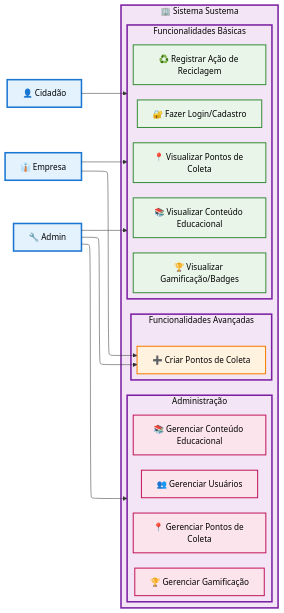
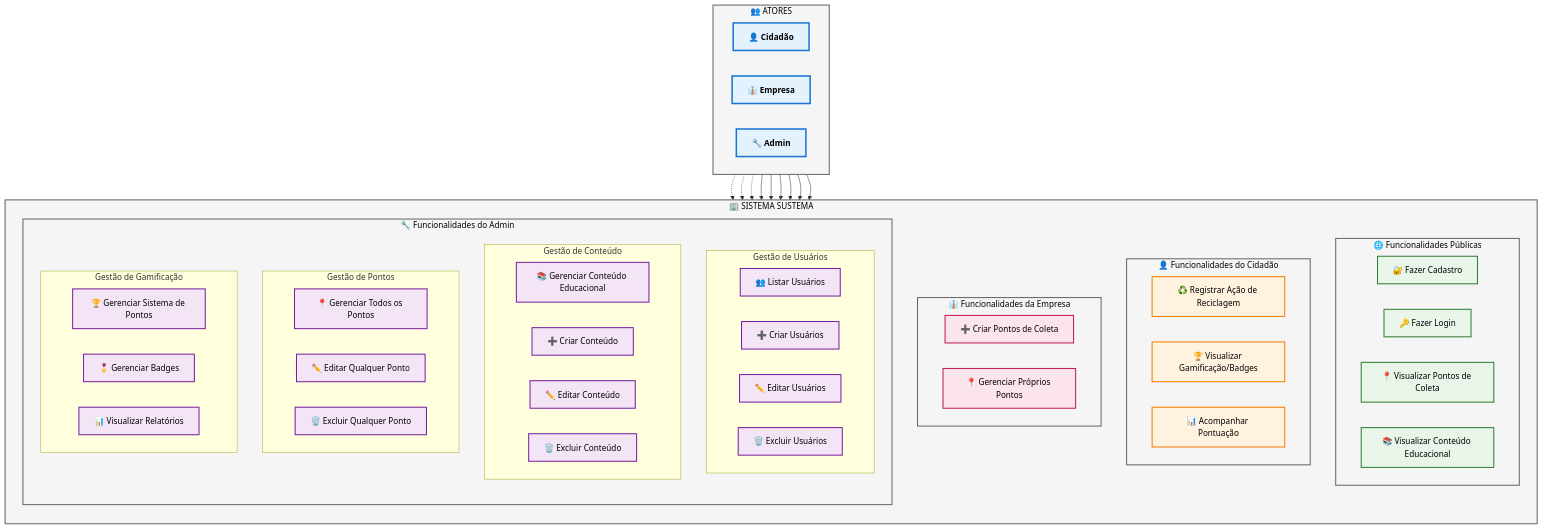
Before and after one commit to oCaioAug/Sustema: the diagram in docs/diagrams/use-cases/sustema-use-cases.md, drawn with Mermaid. The commit also changed other lines of this file and 4 other files, not shown here.

First line of the commit message:
Atualiza a documentação dos diagramas UML do sistema Sustema

````diff
--- a/docs/diagrams/use-cases/sustema-use-cases.md
+++ b/docs/diagrams/use-cases/sustema-use-cases.md
@@ -1,60 +3,100 @@
 ```mermaid
----
-config:
-  theme: default
-  layout: elk
----
-flowchart LR
-    %% Atores à esquerda
-    Cidadao["👤 Cidadão"]
+flowchart TB
+    %% Atores
+    subgraph Atores["👥 ATORES"]
+        direction LR
+        Cidadao["👤 Cidadão"]
+        Empresa["👔 Empresa"]
+        Admin["🔧 Admin"]
+    end
     
-    %% Sistema no centro
-    subgraph Sistema["🏢 Sistema Sustema"]
+    %% Sistema Principal
+    subgraph Sistema["🏢 SISTEMA SUSTEMA"]
         direction TB
-        subgraph Basico["Funcionalidades Básicas"]
-            UC1["🔐 Fazer Login/Cadastro"]
-            UC2["📍 Visualizar Pontos de Coleta"]
-            UC3["♻️ Registrar Ação de Reciclagem"]
+        
+        %% Funcionalidades Públicas
+        subgraph Publico["🌐 Funcionalidades Públicas"]
+            direction LR
+            UC1["🔐 Fazer Cadastro"]
+            UC2["🔑 Fazer Login"]
+            UC3["📍 Visualizar Pontos de Coleta"]
             UC4["📚 Visualizar Conteúdo Educacional"]
-            UC5["🏆 Visualizar Gamificação/Badges"]
         end
         
-        subgraph Avancado["Funcionalidades Avançadas"]
-            UC6["➕ Criar Pontos de Coleta"]
+        %% Funcionalidades do Cidadão
+        subgraph Cidadao_Func["👤 Funcionalidades do Cidadão"]
+            direction LR
+            UC5["♻️ Registrar Ação de Reciclagem"]
+            UC6["🏆 Visualizar Gamificação/Badges"]
+            UC7["📊 Acompanhar Pontuação"]
         end
         
-        subgraph Admin["Administração"]
-            UC7["👥 Gerenciar Usuários"]
-            UC8["📍 Gerenciar Pontos de Coleta"]
-            UC9["📚 Gerenciar Conteúdo Educacional"]
-            UC10["🏆 Gerenciar Gamificação"]
+        %% Funcionalidades da Empresa
+        subgraph Empresa_Func["👔 Funcionalidades da Empresa"]
+            UC8["➕ Criar Pontos de Coleta"]
+            UC9["📍 Gerenciar Próprios Pontos"]
+        end
+        
+        %% Funcionalidades do Admin
+        subgraph Admin_Func["🔧 Funcionalidades do Admin"]
+            direction TB
+            subgraph Admin_Users["Gestão de Usuários"]
+                UC10["👥 Listar Usuários"]
+                UC11["➕ Criar Usuários"]
+                UC12["✏️ Editar Usuários"]
+                UC13["🗑️ Excluir Usuários"]
+            end
+            
+            subgraph Admin_Content["Gestão de Conteúdo"]
+                UC14["📚 Gerenciar Conteúdo Educacional"]
+                UC15["➕ Criar Conteúdo"]
+                UC16["✏️ Editar Conteúdo"]
+                UC17["🗑️ Excluir Conteúdo"]
+            end
+            
+            subgraph Admin_Points["Gestão de Pontos"]
+                UC18["📍 Gerenciar Todos os Pontos"]
+                UC19["✏️ Editar Qualquer Ponto"]
+                UC20["🗑️ Excluir Qualquer Ponto"]
+            end
+            
+            subgraph Admin_Game["Gestão de Gamificação"]
+                UC21["🏆 Gerenciar Sistema de Pontos"]
+                UC22["🎖️ Gerenciar Badges"]
+                UC23["📊 Visualizar Relatórios"]
+            end
         end
     end
     
-    %% Atores à direita
-    Empresa["👔 Empresa"]
-    Admin_Actor["🔧 Admin"]
+    %% Relacionamentos - Funcionalidades Públicas
+    Cidadao -.-> Publico
+    Empresa -.-> Publico
+    Admin -.-> Publico
     
-    %% Relacionamentos organizados
-    Cidadao --> Basico
+    %% Relacionamentos - Cidadão
+    Cidadao --> Cidadao_Func
     
-    Empresa --> Basico
-    Empresa --> UC6
+    %% Relacionamentos - Empresa
+    Empresa --> Cidadao_Func
+    Empresa --> Empresa_Func
     
-    Admin_Actor --> Basico
-    Admin_Actor --> UC6
-    Admin_Actor --> Admin
+    %% Relacionamentos - Admin
+    Admin --> Cidadao_Func
+    Admin --> Empresa_Func
+    Admin --> Admin_Func
     
     %% Estilos
-    classDef actor fill:#e3f2fd,stroke:#1976d2,stroke-width:3px,color:#000
-    classDef basicUC fill:#e8f5e8,stroke:#388e3c,stroke-width:2px,color:#000
-    classDef advancedUC fill:#fff3e0,stroke:#f57c00,stroke-width:2px,color:#000
-    classDef adminUC fill:#fce4ec,stroke:#c2185b,stroke-width:2px,color:#000
-    classDef system fill:#f3e5f5,stroke:#7b1fa2,stroke-width:3px,color:#000
+    classDef ator fill:#e3f2fd,stroke:#1976d2,stroke-width:3px,color:#000,font-weight:bold
+    classDef publico fill:#e8f5e8,stroke:#2e7d32,stroke-width:2px,color:#000
+    classDef cidadao fill:#fff3e0,stroke:#f57c00,stroke-width:2px,color:#000
+    classDef empresa fill:#fce4ec,stroke:#c2185b,stroke-width:2px,color:#000
+    classDef admin fill:#f3e5f5,stroke:#7b1fa2,stroke-width:2px,color:#000
+    classDef container fill:#f5f5f5,stroke:#666,stroke-width:2px,color:#000
     
-    class Cidadao,Empresa,Admin_Actor actor
-    class UC1,UC2,UC3,UC4,UC5 basicUC
-    class UC6 advancedUC
-    class UC7,UC8,UC9,UC10 adminUC
-    class Sistema,Basico,Avancado,Admin system
+    class Cidadao,Empresa,Admin ator
+    class UC1,UC2,UC3,UC4 publico
+    class UC5,UC6,UC7 cidadao
+    class UC8,UC9 empresa
+    class UC10,UC11,UC12,UC13,UC14,UC15,UC16,UC17,UC18,UC19,UC20,UC21,UC22,UC23 admin
+    class Atores,Sistema,Publico,Cidadao_Func,Empresa_Func,Admin_Func container
 ```
````
